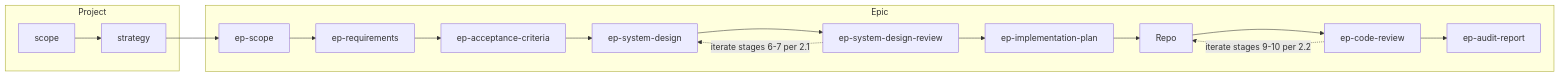
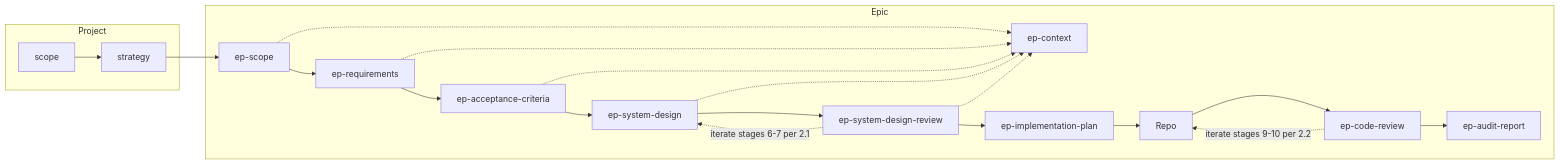
Before and after one commit to asubbot/ai-sdlc: the second of 2 diagrams in specification/pipeline.spec.md, drawn with Mermaid. The commit also changed other lines of this file and 13 other files, not shown here.

First line of the commit message:
Improve ai-sdlc token context flow

````diff
--- a/specification/pipeline.spec.md
+++ b/specification/pipeline.spec.md
@@ -150,24 +162,30 @@
 ```mermaid
 flowchart LR
   subgraph project [Project]
     scope[scope]
     strategy[strategy]
   end
   subgraph epic [Epic]
     ep_scope[ep-scope]
+    ep_context[ep-context]
     ep_req[ep-requirements]
     ep_ac[ep-acceptance-criteria]
     ep_design[ep-system-design]
     ep_rev[ep-system-design-review]
     ep_impl[ep-implementation-plan]
     repo[Repo]
     ep_cr[ep-code-review]
     ep_audit[ep-audit-report]
   end
   scope --> strategy --> ep_scope --> ep_req --> ep_ac --> ep_design --> ep_rev
+  ep_scope -.-> ep_context
+  ep_req -.-> ep_context
+  ep_ac -.-> ep_context
+  ep_design -.-> ep_context
+  ep_rev -.-> ep_context
   ep_rev -.->|iterate stages 6-7 per 2.1| ep_design
   ep_rev --> ep_impl --> repo
   repo --> ep_cr
   ep_cr -.->|iterate stages 9-10 per 2.2| repo
   ep_cr --> ep_audit
 ```
````
